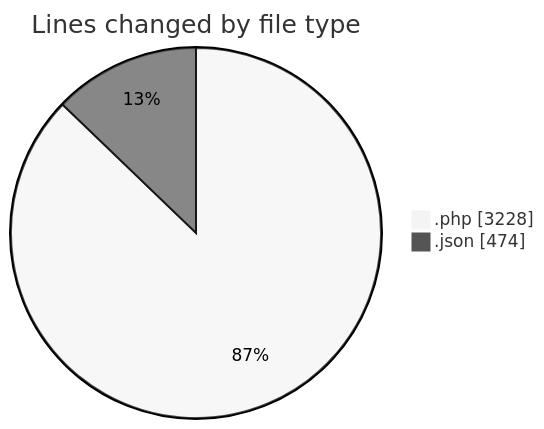
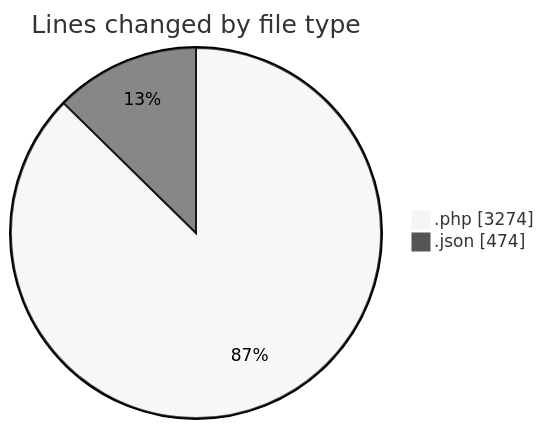
The first of 2 diagrams in 2025-06-22/studio-backend/README.md (idhammustaqopulfikri/code-tracking), drawn with Mermaid (neutral theme) before and after one commit. The commit also changed other lines of this file and 1 other file, not shown here.

````diff
--- a/2025-06-22/studio-backend/README.md
+++ b/2025-06-22/studio-backend/README.md
@@ -30,6 +30,6 @@
 ```mermaid
 pie showData
 title Lines changed by file type
-".php" : 3228
+".php" : 3274
 ".json" : 474
 ```
````
